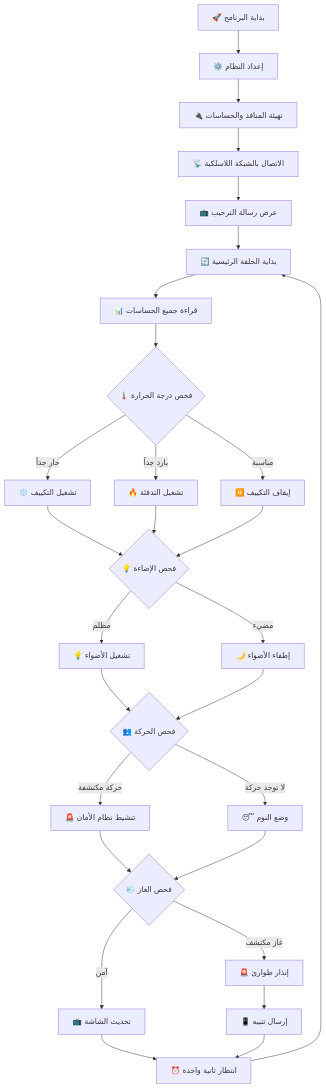
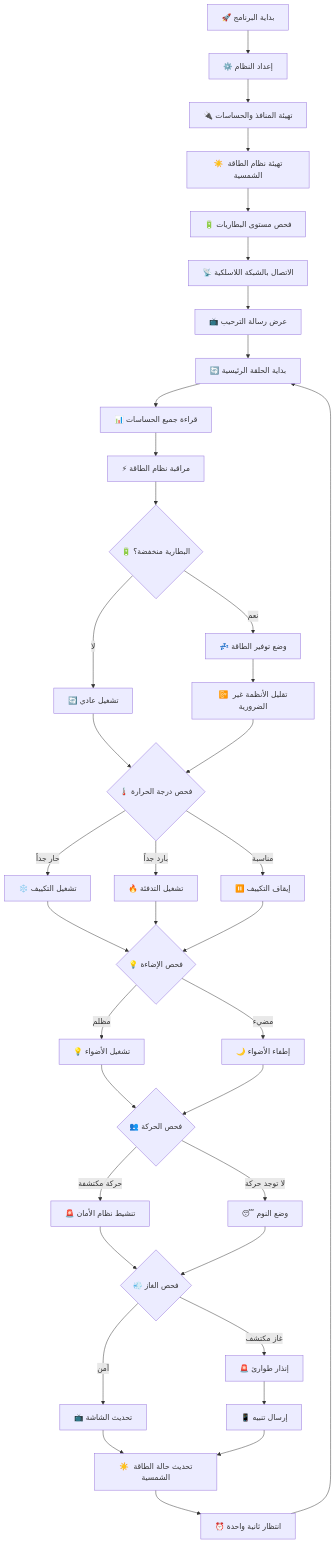
The first of 8 diagrams in 08-code-flowchart.md (AOTBGEEK/eng), drawn with Mermaid before and after one commit. The commit also changed other lines of this file and 6 other files, not shown here.

````diff
--- a/08-code-flowchart.md
+++ b/08-code-flowchart.md
@@ -7,39 +7,50 @@
 ```mermaid
 flowchart TD
     A[🚀 بداية البرنامج] --> B[⚙️ إعداد النظام]
     B --> C[🔌 تهيئة المنافذ والحساسات]
-    C --> D[📡 الاتصال بالشبكة اللاسلكية]
-    D --> E[📺 عرض رسالة الترحيب]
-    E --> F[🔄 بداية الحلقة الرئيسية]
+    C --> D[☀️ تهيئة نظام الطاقة الشمسية]
+    D --> E[🔋 فحص مستوى البطاريات]
+    E --> F[📡 الاتصال بالشبكة اللاسلكية]
+    F --> G[📺 عرض رسالة الترحيب]
+    G --> H[🔄 بداية الحلقة الرئيسية]
     
-    F --> G[📊 قراءة جميع الحساسات]
-    G --> H{🌡️ فحص درجة الحرارة}
-    H -->|حار جداً| I[❄️ تشغيل التكييف]
-    H -->|بارد جداً| J[🔥 تشغيل التدفئة]
-    H -->|مناسبة| K[⏸️ إيقاف التكييف]
+    H --> I[📊 قراءة جميع الحساسات]
+    I --> J[⚡ مراقبة نظام الطاقة]
+    J --> K{🔋 البطارية منخفضة؟}
+    K -->|نعم| L[💤 وضع توفير الطاقة]
+    K -->|لا| M[🔄 تشغيل عادي]
     
-    I --> L{💡 فحص الإضاءة}
-    J --> L
-    K --> L
-    
-    L -->|مظلم| M[💡 تشغيل الأضواء]
-    L -->|مضيء| N[🌙 إطفاء الأضواء]
-    
-    M --> O{👥 فحص الحركة}
+    L --> N[📴 تقليل الأنظمة غير الضرورية]
+    M --> O{🌡️ فحص درجة الحرارة}
     N --> O
     
-    O -->|حركة مكتشفة| P[🚨 تنشيط نظام الأمان]
-    O -->|لا توجد حركة| Q[😴 وضع النوم]
+    O -->|حار جداً| P[❄️ تشغيل التكييف]
+    O -->|بارد جداً| Q[🔥 تشغيل التدفئة]
+    O -->|مناسبة| R[⏸️ إيقاف التكييف]
     
-    P --> R{💨 فحص الغاز}
-    Q --> R
+    P --> S{💡 فحص الإضاءة}
+    Q --> S
+    R --> S
     
-    R -->|غاز مكتشف| S[🚨 إنذار طوارئ]
-    R -->|آمن| T[📺 تحديث الشاشة]
+    S -->|مظلم| T[💡 تشغيل الأضواء]
+    S -->|مضيء| U[🌙 إطفاء الأضواء]
     
-    S --> U[📱 إرسال تنبيه]
-    T --> V[⏰ انتظار ثانية واحدة]
+    T --> V{👥 فحص الحركة}
     U --> V
     
-    V --> F
+    V -->|حركة مكتشفة| W[🚨 تنشيط نظام الأمان]
+    V -->|لا توجد حركة| X[😴 وضع النوم]
+    
+    W --> Y{💨 فحص الغاز}
+    X --> Y
+    
+    Y -->|غاز مكتشف| Z[🚨 إنذار طوارئ]
+    Y -->|آمن| AA[📺 تحديث الشاشة]
+    
+    Z --> BB[📱 إرسال تنبيه]
+    AA --> CC[☀️ تحديث حالة الطاقة الشمسية]
+    BB --> CC
+    
+    CC --> DD[⏰ انتظار ثانية واحدة]
+    DD --> H
 ```
````
